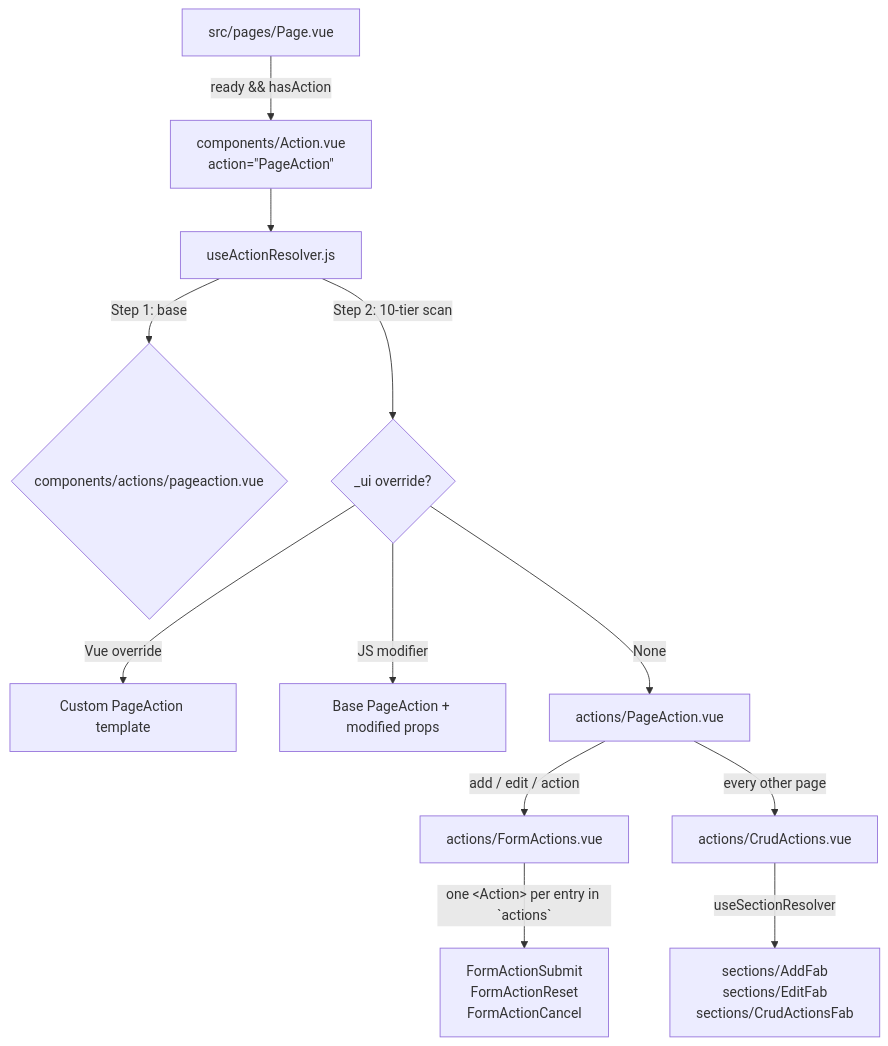
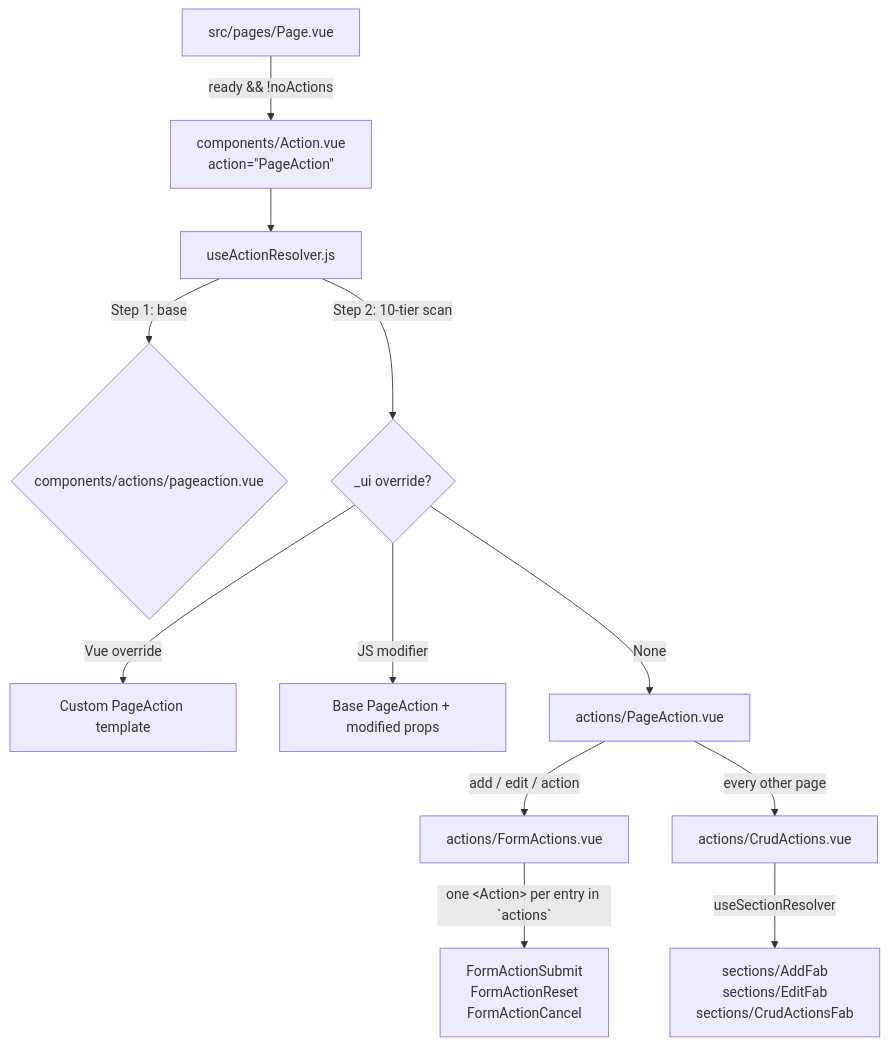
Before and after one commit to firumon/little-leap-aql: the diagram in Documents/AQL_ACTION_SYSTEM.md, drawn with Mermaid. The commit also changed other lines of this file and 10 other files, not shown here.

````diff
--- a/Documents/AQL_ACTION_SYSTEM.md
+++ b/Documents/AQL_ACTION_SYSTEM.md
@@ -19,17 +19,17 @@
 ```mermaid
 graph TD
-    PageVue[src/pages/Page.vue] --> |ready && hasAction| ActionVue[components/Action.vue<br/>action=&quot;PageAction&quot;]
+    PageVue[src/pages/Page.vue] --> |ready && !noActions| ActionVue[components/Action.vue<br/>action=&quot;PageAction&quot;]
     ActionVue --> useActionResolver[useActionResolver.js]
     useActionResolver --> |Step 1: base| BaseScan{components/actions/pageaction.vue}
     useActionResolver --> |Step 2: 10-tier scan| OverrideScan{_ui override?}
 
     OverrideScan --> |Vue override| CustomPageAction[Custom PageAction template]
     OverrideScan --> |JS modifier| BaseWithProps[Base PageAction + modified props]
     OverrideScan --> |None| BasePageAction[actions/PageAction.vue]
 
     BasePageAction --> |add / edit / action| FormActions[actions/FormActions.vue]
     BasePageAction --> |every other page| CrudActions[actions/CrudActions.vue]
 
     FormActions --> |one &lt;Action&gt; per entry in `actions`| Buttons[FormActionSubmit<br/>FormActionReset<br/>FormActionCancel]
     CrudActions --> |useSectionResolver| Fabs[sections/AddFab<br/>sections/EditFab<br/>sections/CrudActionsFab]
 ```
````
